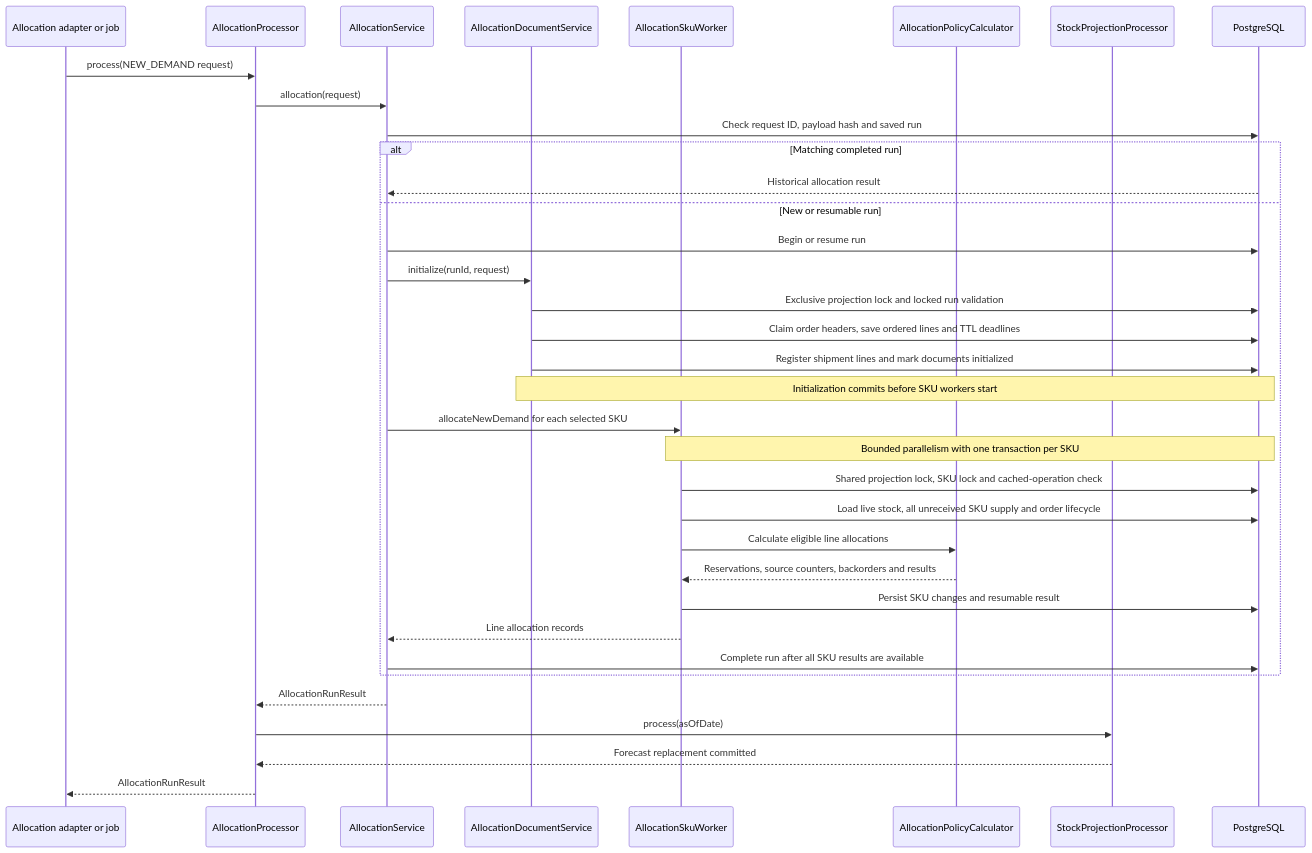
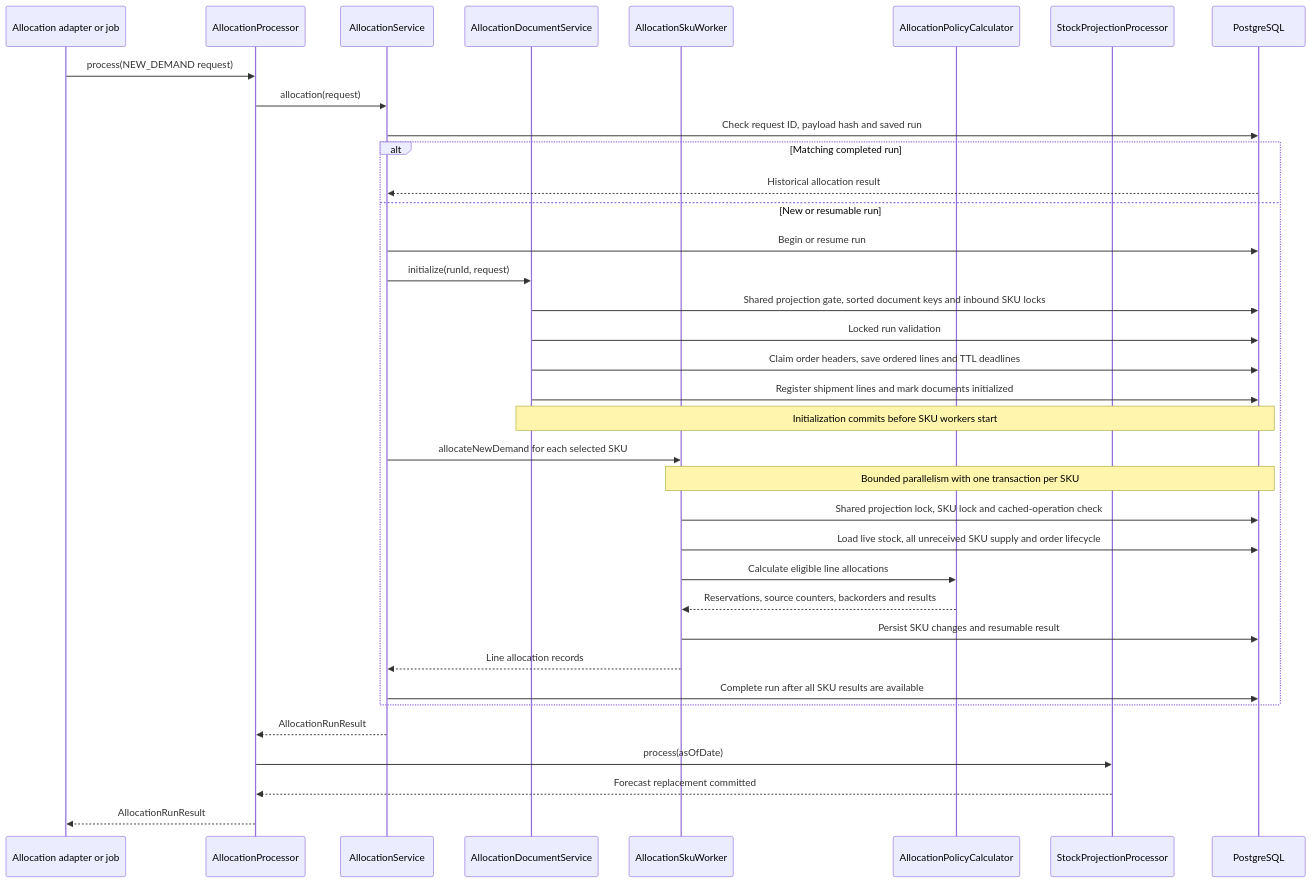
Before and after one commit to vriesjo/stockio: the fourth of 16 diagrams in .github/memory/architecture.md, drawn with Mermaid. The commit also changed other lines of this file and 89 other files, not shown here.

````diff
--- a/.github/memory/architecture.md
+++ b/.github/memory/architecture.md
@@ -511,38 +519,39 @@
 ```mermaid
 sequenceDiagram
     participant Caller as Allocation adapter or job
     participant Processing as AllocationProcessor
     participant Allocation as AllocationService
     participant Documents as AllocationDocumentService
     participant Worker as AllocationSkuWorker
     participant Policy as AllocationPolicyCalculator
     participant Projection as StockProjectionProcessor
     participant DB as PostgreSQL
 
     Caller->>Processing: process(NEW_DEMAND request)
     Processing->>Allocation: allocation(request)
     Allocation->>DB: Check request ID, payload hash and saved run
     alt Matching completed run
         DB-->>Allocation: Historical allocation result
     else New or resumable run
         Allocation->>DB: Begin or resume run
         Allocation->>Documents: initialize(runId, request)
-        Documents->>DB: Exclusive projection lock and locked run validation
+        Documents->>DB: Shared projection gate, sorted document keys and inbound SKU locks
+        Documents->>DB: Locked run validation
         Documents->>DB: Claim order headers, save ordered lines and TTL deadlines
         Documents->>DB: Register shipment lines and mark documents initialized
         Note over Documents,DB: Initialization commits before SKU workers start
         Allocation->>Worker: allocateNewDemand for each selected SKU
         Note over Worker,DB: Bounded parallelism with one transaction per SKU
         Worker->>DB: Shared projection lock, SKU lock and cached-operation check
         Worker->>DB: Load live stock, all unreceived SKU supply and order lifecycle
         Worker->>Policy: Calculate eligible line allocations
         Policy-->>Worker: Reservations, source counters, backorders and results
         Worker->>DB: Persist SKU changes and resumable result
         Worker-->>Allocation: Line allocation records
         Allocation->>DB: Complete run after all SKU results are available
     end
     Allocation-->>Processing: AllocationRunResult
     Processing->>Projection: process(asOfDate)
     Projection-->>Processing: Forecast replacement committed
     Processing-->>Caller: AllocationRunResult
 ```
````
